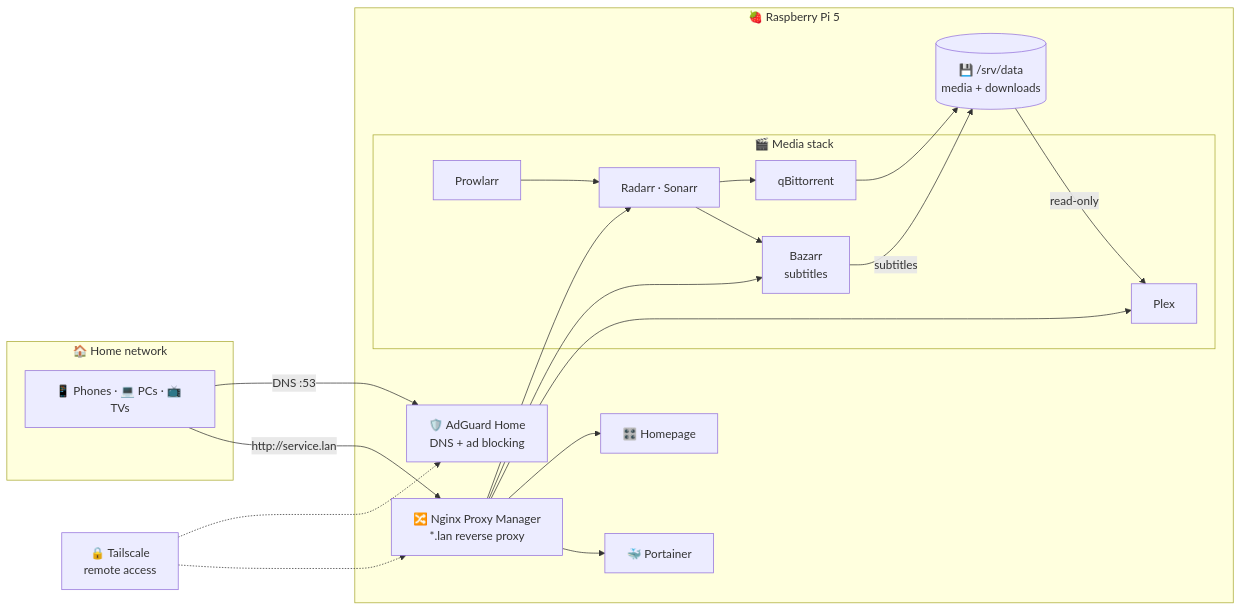
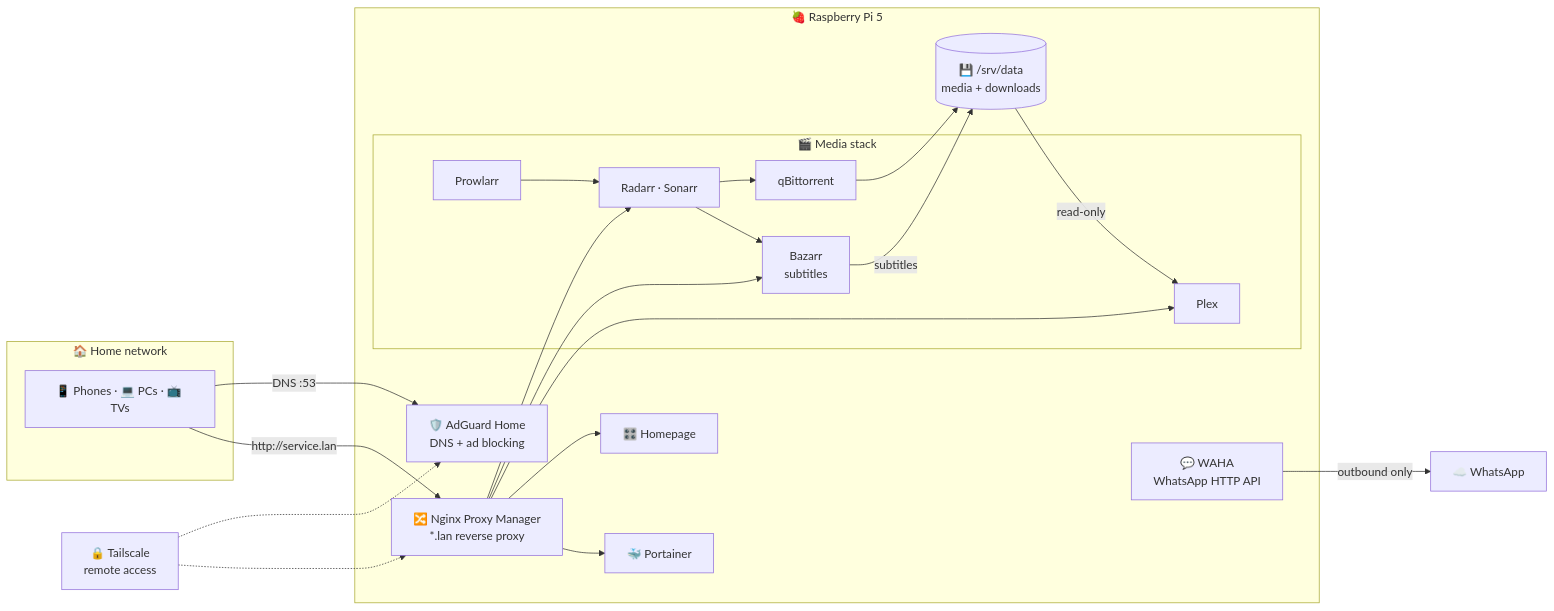
Before and after one commit to Whuaxu/DjBerry-Homelab: the diagram in README.md, drawn with Mermaid. The commit also changed other lines of this file and 3 other files, not shown here.

````diff
--- a/README.md
+++ b/README.md
@@ -44,33 +45,38 @@
 ```mermaid
 flowchart LR
     subgraph home["🏠 Home network"]
         D["📱 Phones · 💻 PCs · 📺 TVs"]
     end
     VPN["🔒 Tailscale<br/>remote access"]
 
     subgraph pi["🍓 Raspberry Pi 5"]
         AG["🛡️ AdGuard Home<br/>DNS + ad blocking"]
         NPM["🔀 Nginx Proxy Manager<br/>*.lan reverse proxy"]
         HP["🎛️ Homepage"]
         PT["🐳 Portainer"]
 
         subgraph media["🎬 Media stack"]
             PR["Prowlarr"]
             RS["Radarr · Sonarr"]
             BZ["Bazarr<br/>subtitles"]
             QB["qBittorrent"]
             PX["Plex"]
         end
 
         DATA[("💾 /srv/data<br/>media + downloads")]
+
+        WA["💬 WAHA<br/>WhatsApp HTTP API"]
     end
+
+    WAC["☁️ WhatsApp"]
 
     D -- "DNS :53" --> AG
     D -- "http://service.lan" --> NPM
     VPN -.-> AG
     VPN -.-> NPM
     NPM --> HP & PT & RS & BZ & PX
     PR --> RS --> QB --> DATA
     RS --> BZ -- "subtitles" --> DATA
     DATA -- "read-only" --> PX
+    WA -- "outbound only" --> WAC
 ```
````
